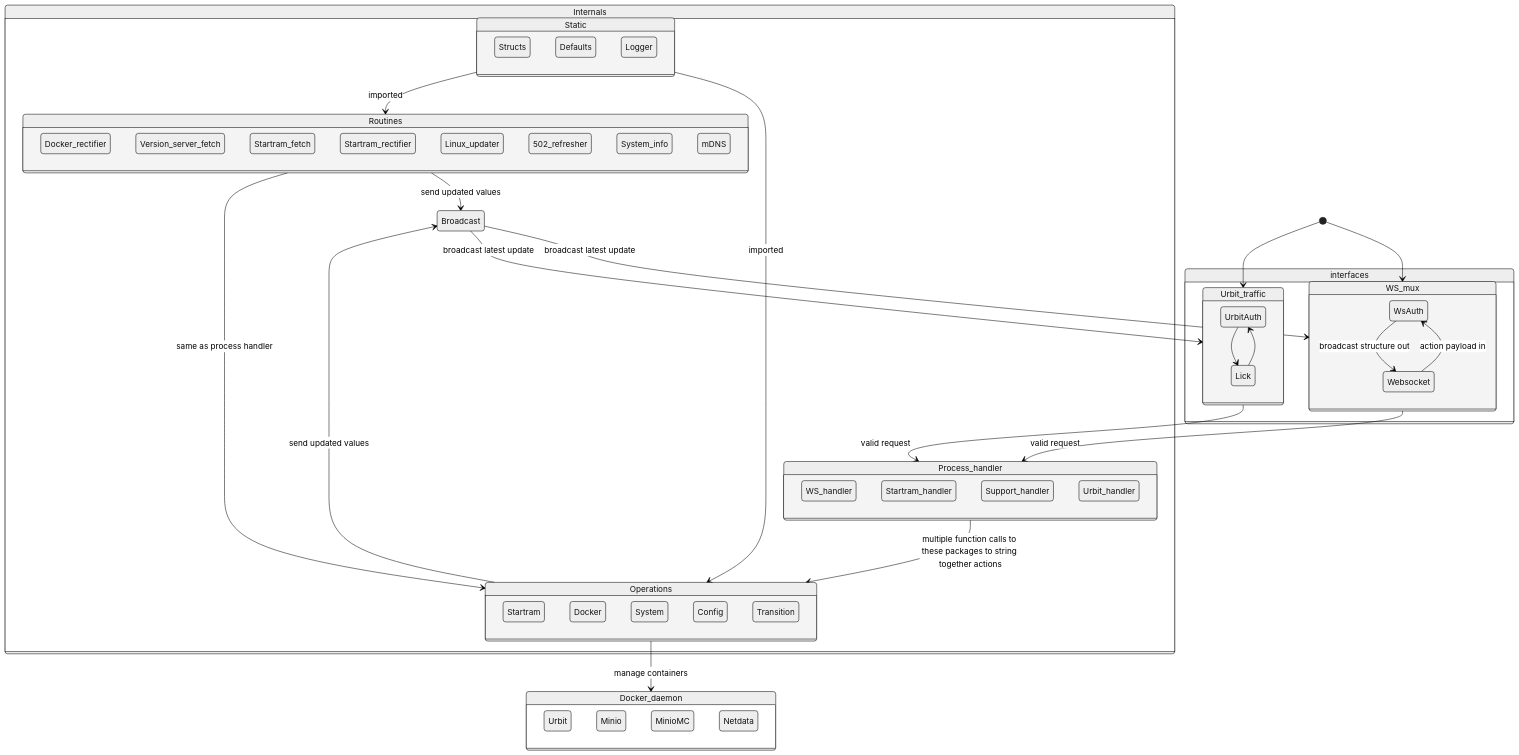
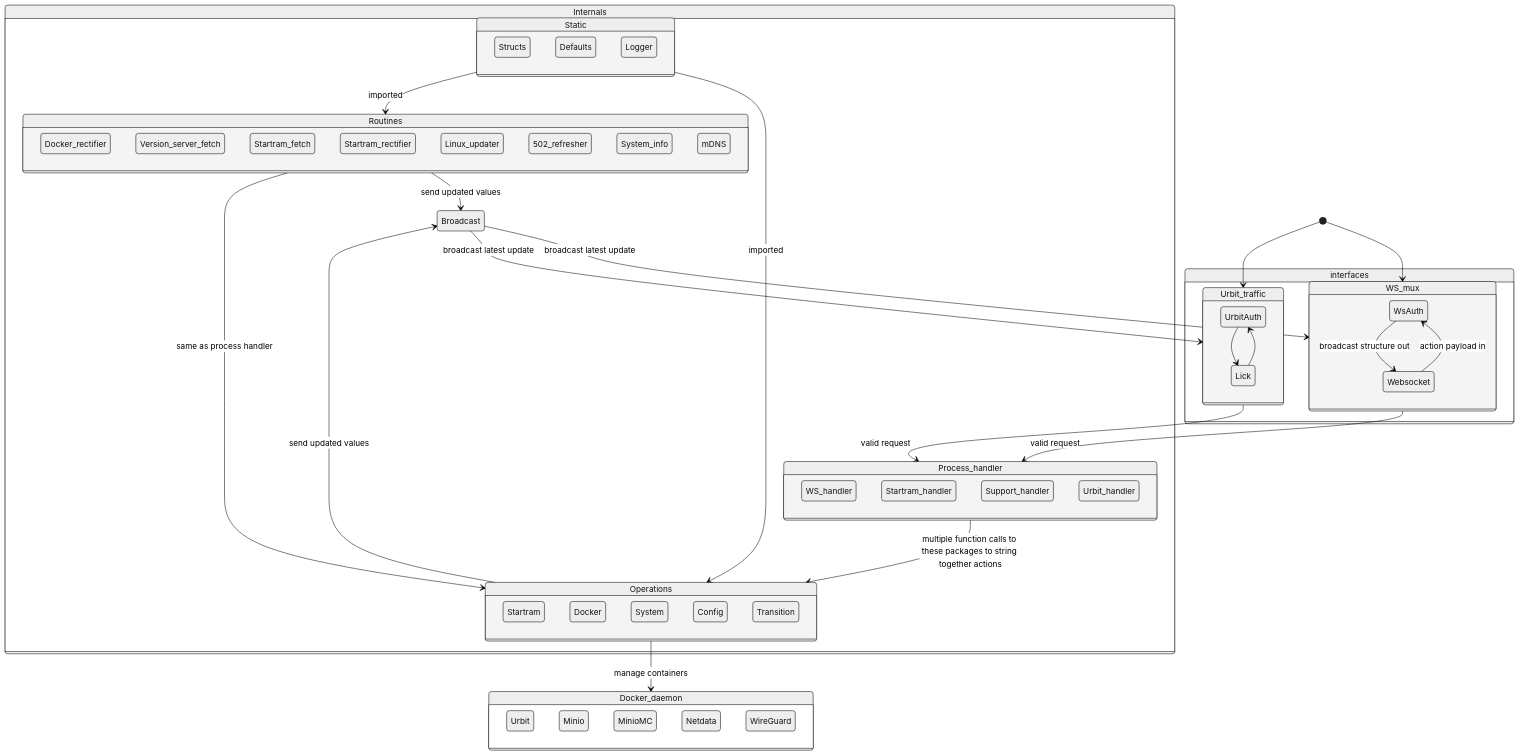
The diagram in goseg/readme.md (Native-Planet/GroundSeg), drawn with Mermaid (neutral theme) before and after one commit. The commit also changed 2 other files, not shown here.

Commit message:
fixing wifi handling

````diff
--- a/goseg/readme.md
+++ b/goseg/readme.md
@@ -3,66 +3,67 @@
 ```mermaid
 stateDiagram-v2
     direction TB
     accTitle: Goseg package diagram
     accDescr: Interactions between packages in Groundseg Go rewrite
     classDef bcase fill:#f00,color:white,font-weight:bold,stroke-width:2px,stroke:yellow
     Broadcast-->WS_mux: broadcast latest update
     Broadcast-->Urbit_traffic: broadcast latest update
     Static-->Operations: imported
     Static-->Routines: imported
     state Internals {
         state Static {
             Structs
             Defaults
             Logger
         }
         state Routines {
             Docker_rectifier
             Version_server_fetch
             Startram_fetch
             Startram_rectifier
             Linux_updater
             502_refresher
             System_info
             mDNS
         }
         state Operations {
             Startram
             Docker
             System
             Config
             Transition
         }
         state Process_handler {
             WS_handler
             Startram_handler
             Support_handler
             Urbit_handler
         }
         Process_handler-->Operations: multiple function calls to these packages to string together actions
         Operations-->Broadcast: send updated values
         Routines-->Broadcast: send updated values
     }
     [*]-->WS_mux
     [*]-->Urbit_traffic
     WS_mux-->Process_handler: valid request
     Urbit_traffic-->Process_handler: valid request
     Routines-->Operations: same as process handler
     state interfaces {
         state Urbit_traffic {
             UrbitAuth-->Lick
             Lick-->UrbitAuth
         }
         state WS_mux {
             WsAuth-->Websocket: broadcast structure out
             Websocket-->WsAuth: action payload in
         }
     }
     state Docker_daemon {
         Urbit
         Minio
         MinioMC
         Netdata
+        WireGuard
     }
     Operations-->Docker_daemon: manage containers
 ```
````
